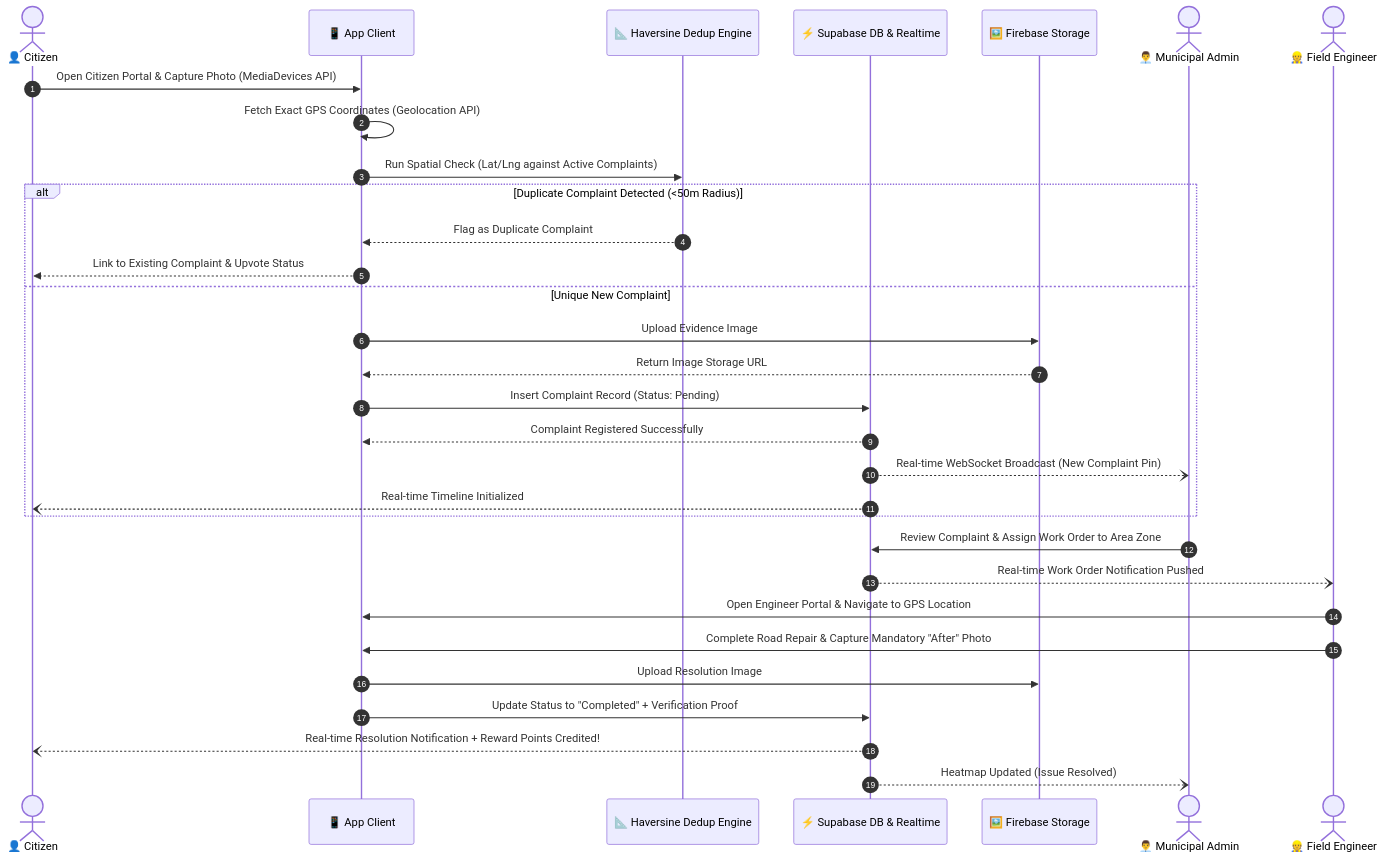
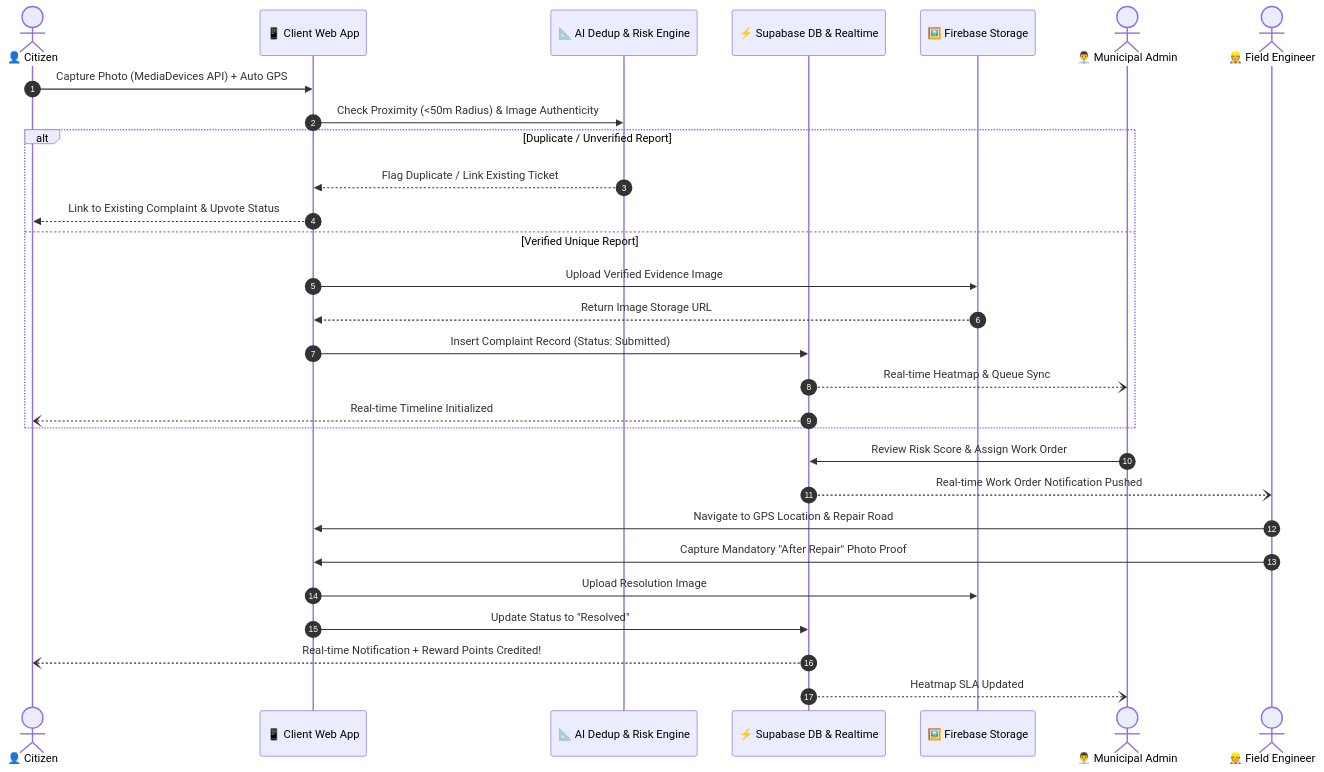
Before and after one commit to Parthh1002/Aapno-Rasto: the second of 2 diagrams in README.md, drawn with Mermaid. The commit also changed other lines of this file and 1 other file, not shown here.

Commit message:
docs: add official ImpactThon project presentation and update README with team details and system architecture overview

````diff
--- a/README.md
+++ b/README.md
@@ -87,38 +202,36 @@
 ```mermaid
 sequenceDiagram
     autonumber
     actor Citizen as 👤 Citizen
-    participant ClientApp as 📱 App Client
-    participant DedupEngine as 📐 Haversine Dedup Engine
+    participant ClientApp as 📱 Client Web App
+    participant DedupEngine as 📐 AI Dedup & Risk Engine
     participant Supabase as ⚡ Supabase DB & Realtime
     participant Firebase as 🖼️ Firebase Storage
     actor Admin as 👨‍💼 Municipal Admin
     actor Engineer as 👷 Field Engineer
 
-    Citizen->>ClientApp: Open Citizen Portal & Capture Photo (MediaDevices API)
-    ClientApp->>ClientApp: Fetch Exact GPS Coordinates (Geolocation API)
-    ClientApp->>DedupEngine: Run Spatial Check (Lat/Lng against Active Complaints)
+    Citizen->>ClientApp: Capture Photo (MediaDevices API) + Auto GPS
+    ClientApp->>DedupEngine: Check Proximity (<50m Radius) & Image Authenticity
 
-    alt Duplicate Complaint Detected (<50m Radius)
-        DedupEngine-->>ClientApp: Flag as Duplicate Complaint
+    alt Duplicate / Unverified Report
+        DedupEngine-->>ClientApp: Flag Duplicate / Link Existing Ticket
         ClientApp-->>Citizen: Link to Existing Complaint & Upvote Status
-    else Unique New Complaint
-        ClientApp->>Firebase: Upload Evidence Image
+    else Verified Unique Report
+        ClientApp->>Firebase: Upload Verified Evidence Image
         Firebase-->>ClientApp: Return Image Storage URL
-        ClientApp->>Supabase: Insert Complaint Record (Status: Pending)
-        Supabase-->>ClientApp: Complaint Registered Successfully
-        Supabase--)Admin: Real-time WebSocket Broadcast (New Complaint Pin)
+        ClientApp->>Supabase: Insert Complaint Record (Status: Submitted)
+        Supabase--)Admin: Real-time Heatmap & Queue Sync
         Supabase--)Citizen: Real-time Timeline Initialized
     end
 
-    Admin->>Supabase: Review Complaint & Assign Work Order to Area Zone
+    Admin->>Supabase: Review Risk Score & Assign Work Order
     Supabase--)Engineer: Real-time Work Order Notification Pushed
 
-    Engineer->>ClientApp: Open Engineer Portal & Navigate to GPS Location
-    Engineer->>ClientApp: Complete Road Repair & Capture Mandatory "After" Photo
+    Engineer->>ClientApp: Navigate to GPS Location & Repair Road
+    Engineer->>ClientApp: Capture Mandatory "After Repair" Photo Proof
     ClientApp->>Firebase: Upload Resolution Image
-    ClientApp->>Supabase: Update Status to "Completed" + Verification Proof
+    ClientApp->>Supabase: Update Status to "Resolved"
 
-    Supabase--)Citizen: Real-time Resolution Notification + Reward Points Credited!
-    Supabase--)Admin: Heatmap Updated (Issue Resolved)
+    Supabase--)Citizen: Real-time Notification + Reward Points Credited!
+    Supabase--)Admin: Heatmap SLA Updated
 ```
````
